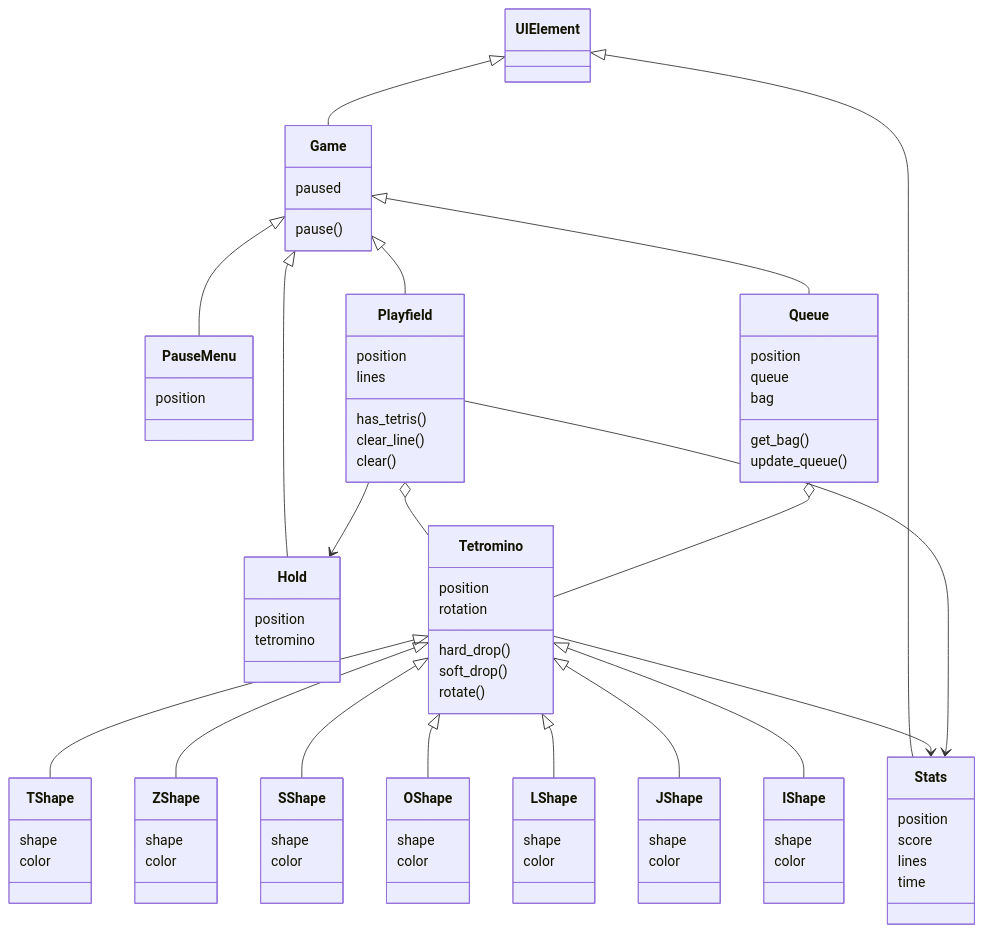
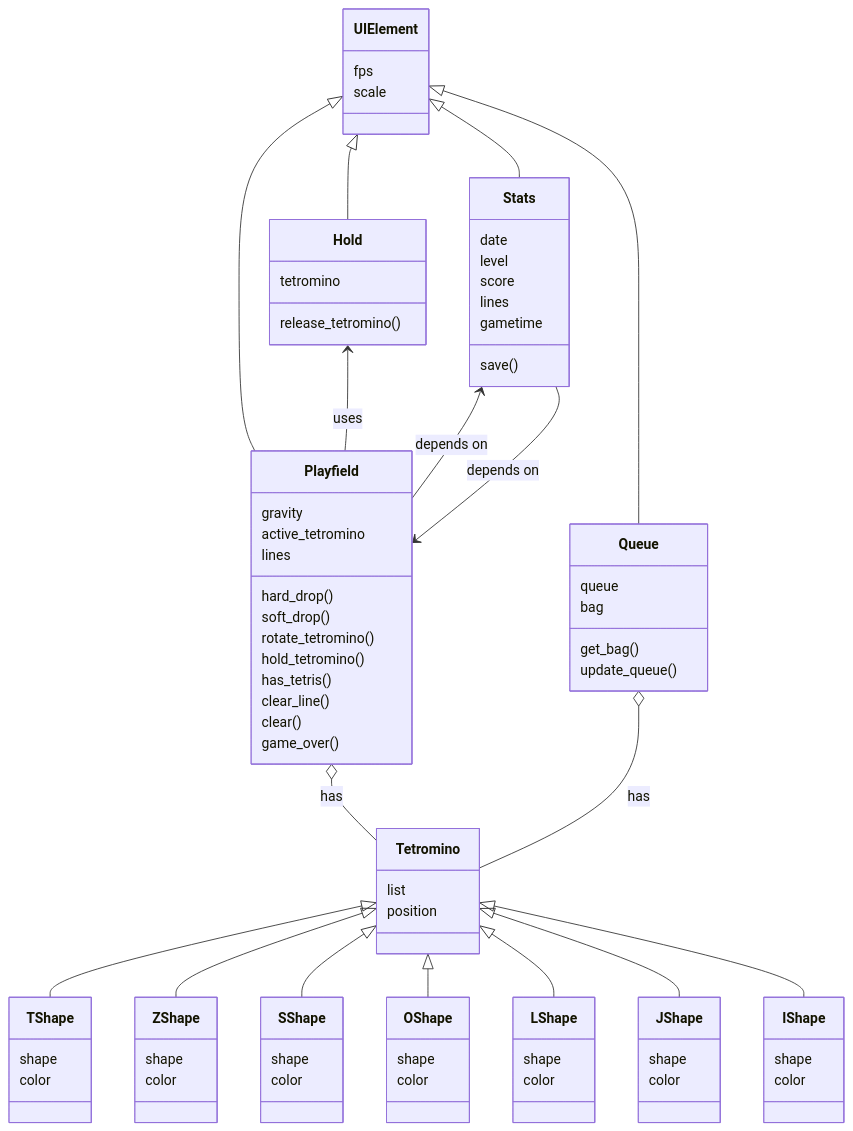
One commit to rasmusmiikkulainen/python-tetris changed the diagram in README.md. Above: the diagram before and after it, drawn with Mermaid.

Commit message:
improved class diagram

````diff
--- a/README.md
+++ b/README.md
@@ -17,105 +17,86 @@
 ```mermaid
 classDiagram
-    class UIElement
-
-class Game {
-    paused
-    pause()
-}
-
-class PauseMenu {
-    position
-}
-
-class Hold {
-    position
-    tetromino
-}
-
-class Playfield {
-    position
-    lines
-    has_tetris()
-    clear_line()
-    clear()
-}
-
-class Stats {
-    position
-    score
-    lines
-    time
-}
-
-class Queue {
-    position
-    queue
-    bag
-    get_bag()
-    update_queue()
-}
-
-class Tetromino {
-    position
-    rotation
-    hard_drop()
-    soft_drop()
-    rotate()
-}
-
-class IShape {
-    shape
-    color
-}
-
-class JShape {
-    shape
-    color
-}
-
-class LShape {
-    shape
-    color
-}
-
-class OShape {
-    shape
-    color
-}
-
-class SShape {
-    shape
-    color
-}
-
-class ZShape {
-    shape
-    color
-}
-
-class TShape {
-    shape
-    color
-}
-
-Tetromino <|-- TShape
-Tetromino <|-- ZShape
-Tetromino <|-- SShape
-Tetromino <|-- OShape
-Tetromino <|-- LShape
-Tetromino <|-- JShape
-Tetromino <|-- IShape
-
-UIElement <|-- Game
-UIElement <|-- Stats
-Game <|-- Playfield
-Game <|-- Queue
-Game <|-- PauseMenu
-Game <|-- Hold
-
-Playfield o-- Tetromino
-Queue o-- Tetromino
-Tetromino --> Stats
-Playfield --> Stats
-Playfield --> Hold
+    class UIElement{
+        fps
+        scale
+    }
+    class Hold{
+        tetromino
+        release_tetromino()
+    }
+    class Playfield{
+        gravity
+        active_tetromino
+        lines
+        hard_drop()
+        soft_drop()
+        rotate_tetromino()
+        hold_tetromino()
+        has_tetris()
+        clear_line()
+        clear()
+        game_over()
+    }
+    class Stats{
+        date
+        level
+        score
+        lines
+        gametime
+        save()
+    }
+    class Queue{
+        queue
+        bag
+        get_bag()
+        update_queue()
+    }
+    class Tetromino{
+        list
+        position
+    }
+    class IShape{
+        shape
+        color
+    }
+    class JShape{
+        shape
+        color
+    }
+    class LShape{
+        shape
+        color
+    }
+    class OShape{
+        shape
+        color
+    }
+    class SShape{
+        shape
+        color
+    }
+    class ZShape{
+        shape
+        color
+    }
+    class TShape{
+        shape
+        color
+    }
+    Tetromino <|-- TShape
+    Tetromino <|-- ZShape
+    Tetromino <|-- SShape
+    Tetromino <|-- OShape
+    Tetromino <|-- LShape
+    Tetromino <|-- JShape
+    Tetromino <|-- IShape
+    UIElement <|-- Stats
+    UIElement <|-- Playfield
+    UIElement <|-- Queue
+    UIElement <|-- Hold
+    Playfield o-- Tetromino: has
+    Queue o-- Tetromino: has
+    Playfield <-- Stats : depends on
+    Hold <-- Playfield : uses
+    Stats <-- Playfield : depends on
 ```
````
